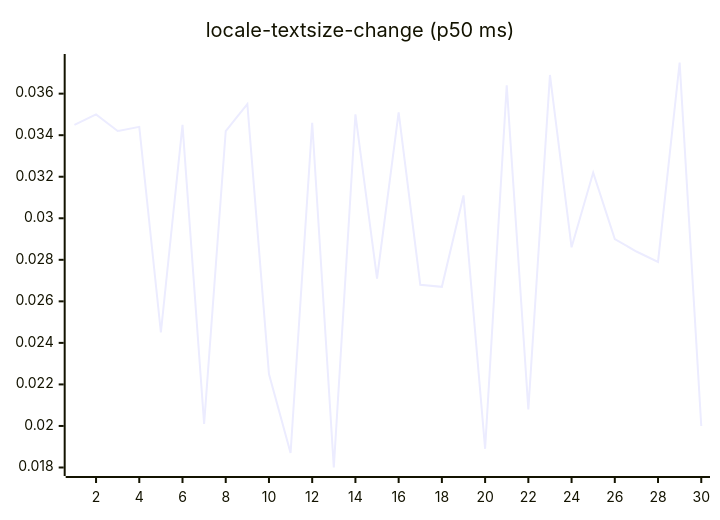
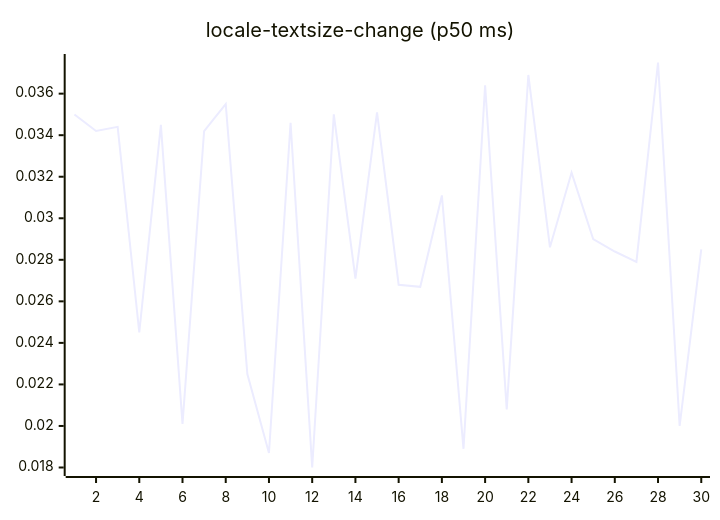
One commit to josha/Facet changed diagram 13 of 27 in README.md. Above: the diagram before and after it, drawn with Mermaid. The commit also changed other lines of this file and 2 other files, not shown here.

````diff
--- a/README.md
+++ b/README.md
@@ -147,6 +147,6 @@
 ```mermaid
 xychart-beta
     title "locale-textsize-change (p50 ms)"
     x-axis 1 --> 30
-    line [0.0345, 0.0350, 0.0342, 0.0344, 0.0245, 0.0345, 0.0201, 0.0342, 0.0355, 0.0225, 0.0187, 0.0346, 0.0180, 0.0350, 0.0271, 0.0351, 0.0268, 0.0267, 0.0311, 0.0189, 0.0364, 0.0208, 0.0369, 0.0286, 0.0322, 0.0290, 0.0284, 0.0279, 0.0375, 0.0200]
+    line [0.0350, 0.0342, 0.0344, 0.0245, 0.0345, 0.0201, 0.0342, 0.0355, 0.0225, 0.0187, 0.0346, 0.0180, 0.0350, 0.0271, 0.0351, 0.0268, 0.0267, 0.0311, 0.0189, 0.0364, 0.0208, 0.0369, 0.0286, 0.0322, 0.0290, 0.0284, 0.0279, 0.0375, 0.0200, 0.0285]
 ```
````
